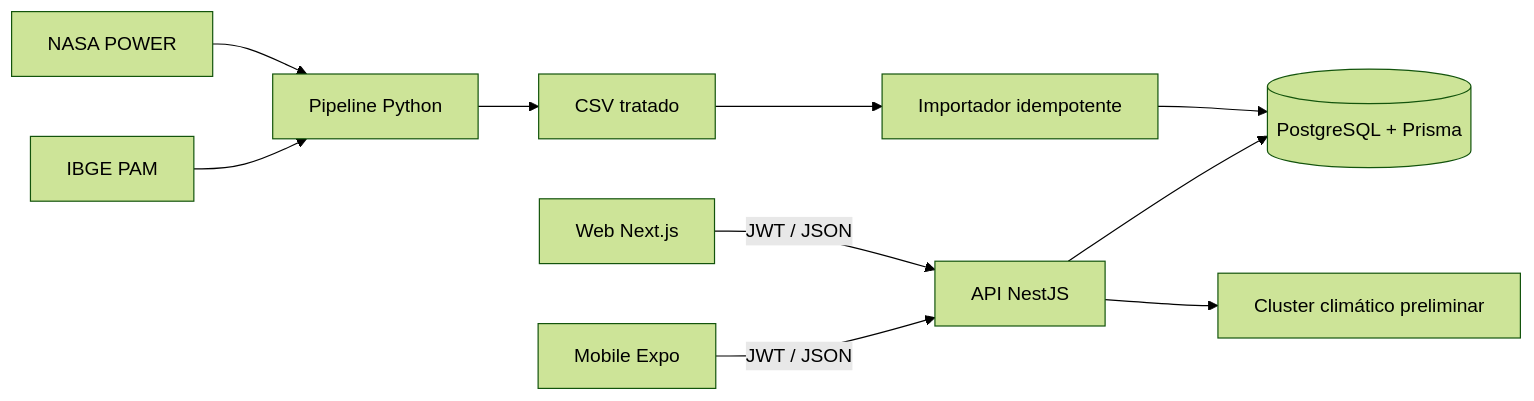
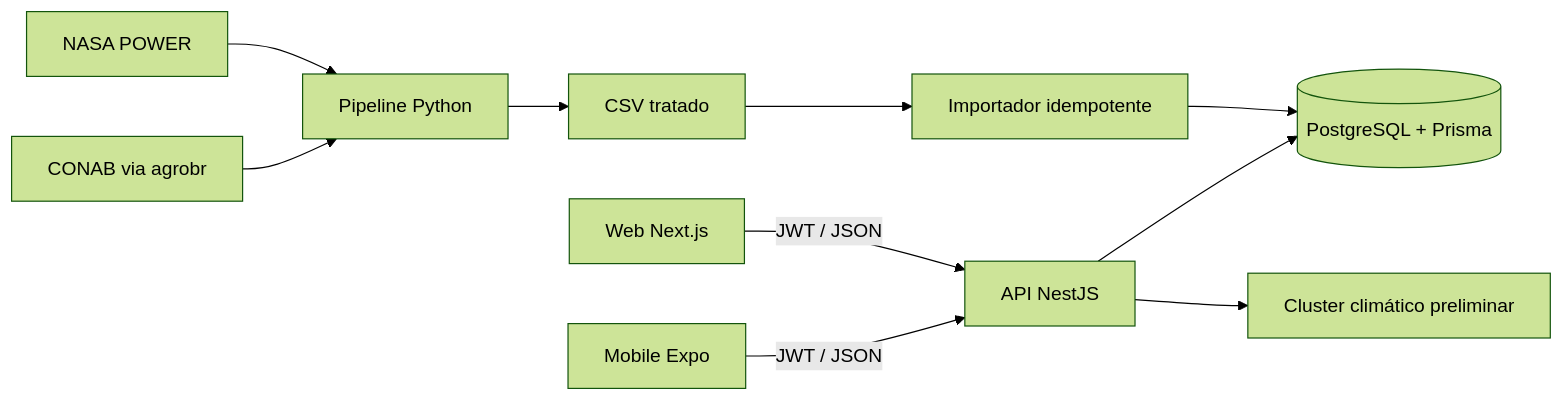
Before and after one commit to FatecFranca/DSM-G07-PI6-2026-2: the diagram in README.md, drawn with Mermaid (forest theme). The commit also changed other lines of this file and 54 other files, not shown here.

````diff
--- a/README.md
+++ b/README.md
@@ -83,12 +84,12 @@
 ```mermaid
 flowchart LR
     NASA[NASA POWER] --> PIPE[Pipeline Python]
-    IBGE[IBGE PAM] --> PIPE
+    CONAB[CONAB via agrobr] --> PIPE
     PIPE --> CSV[CSV tratado]
     CSV --> IMPORT[Importador idempotente]
     IMPORT --> DB[(PostgreSQL + Prisma)]
     WEB[Web Next.js] -->|JWT / JSON| API[API NestJS]
     MOB[Mobile Expo] -->|JWT / JSON| API
     API --> DB
     API --> CLUSTER[Cluster climático preliminar]
 ```
````
